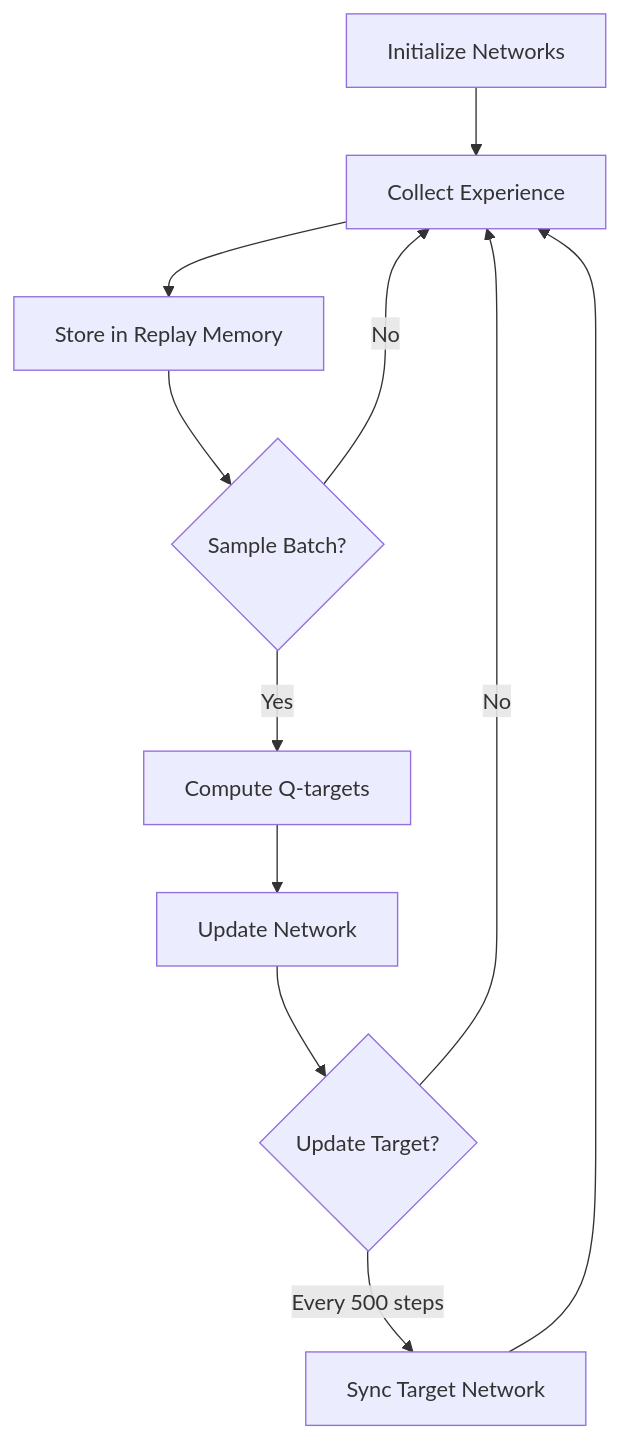
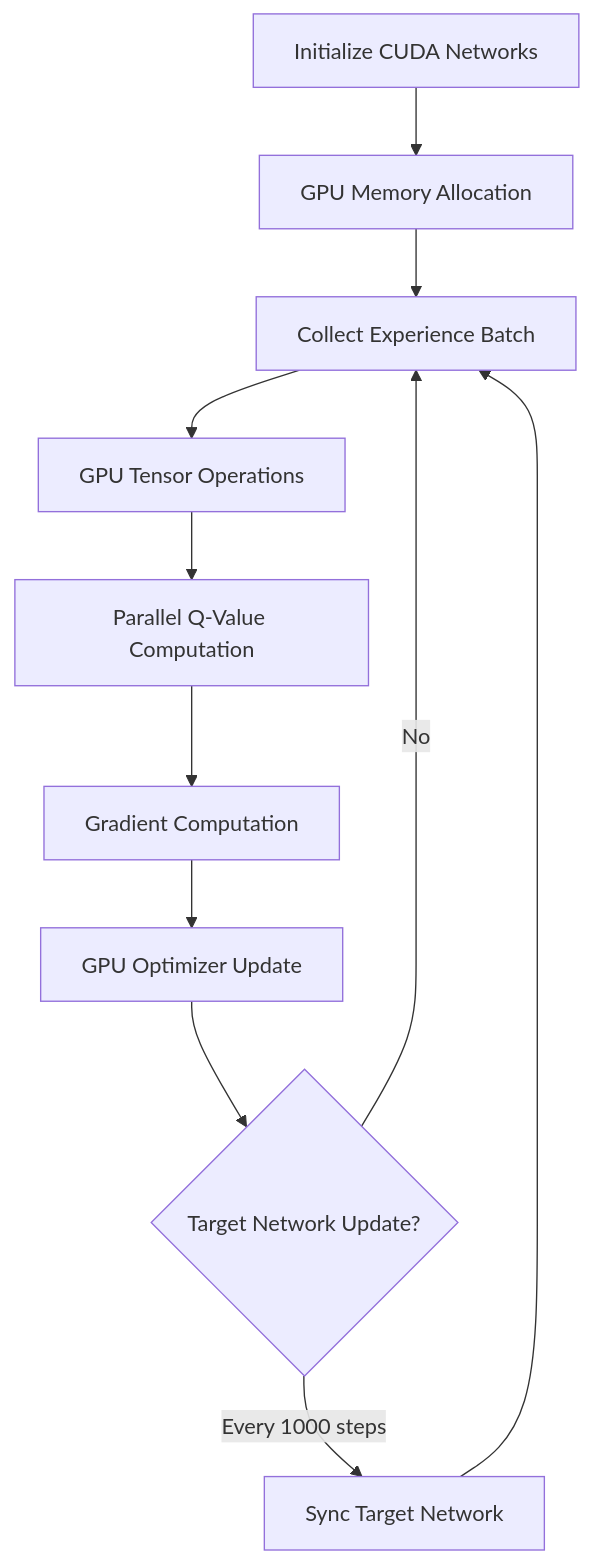
Before and after one commit to marasinibishesh/self_driving_car_DQN: the diagram in README.md, drawn with Mermaid. The commit also changed other lines of this file and 7 other files, not shown here.

````diff
--- a/README.md
+++ b/README.md
@@ -136,13 +207,13 @@
 ```mermaid
 graph TD
-    A[Initialize Networks] --> B[Collect Experience]
-    B --> C[Store in Replay Memory]
-    C --> D{Sample Batch?}
-    D -->|Yes| E[Compute Q-targets]
-    E --> F[Update Network]
-    F --> G{Update Target?}
-    G -->|Every 500 steps| H[Sync Target Network]
-    H --> B
-    G -->|No| B
-    D -->|No| B
+    A[Initialize CUDA Networks] --> B[GPU Memory Allocation]
+    B --> C[Collect Experience Batch]
+    C --> D[GPU Tensor Operations]
+    D --> E[Parallel Q-Value Computation]
+    E --> F[Gradient Computation]
+    F --> G[GPU Optimizer Update]
+    G --> H{Target Network Update?}
+    H -->|Every 1000 steps| I[Sync Target Network]
+    I --> C
+    H -->|No| C
 ```
````
